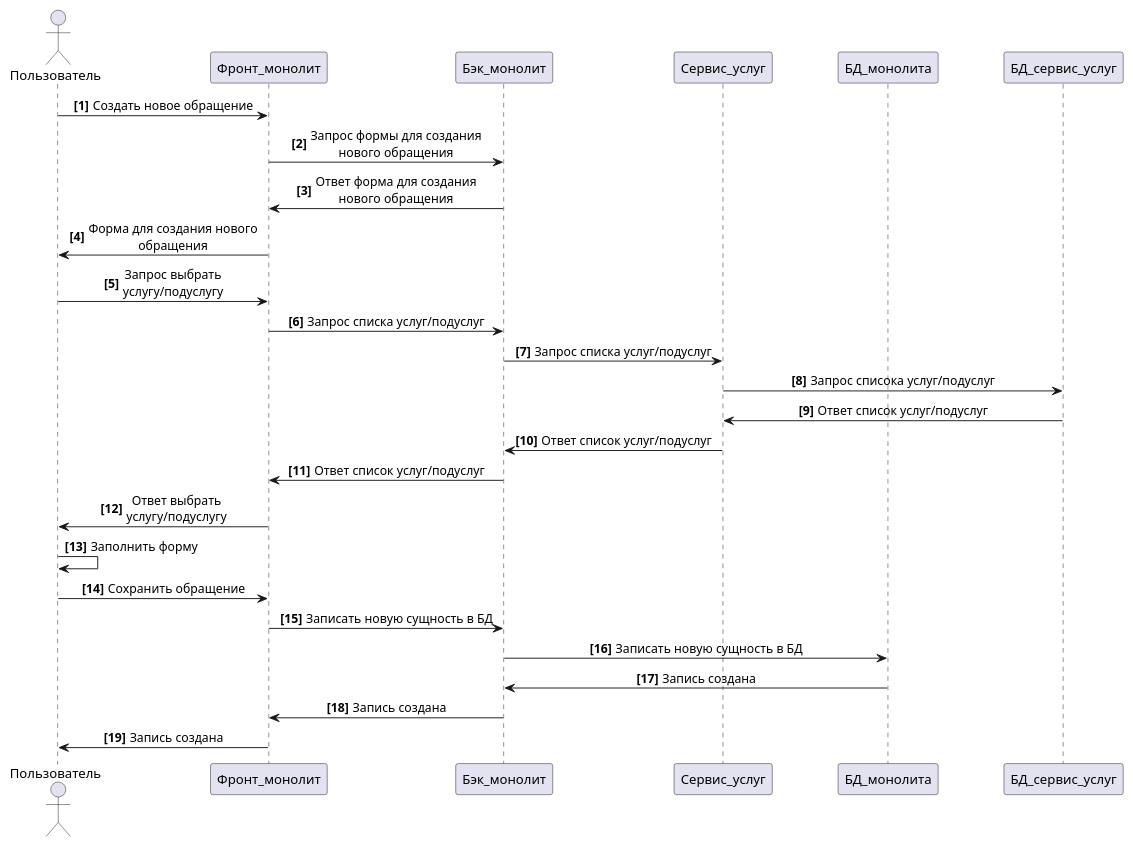
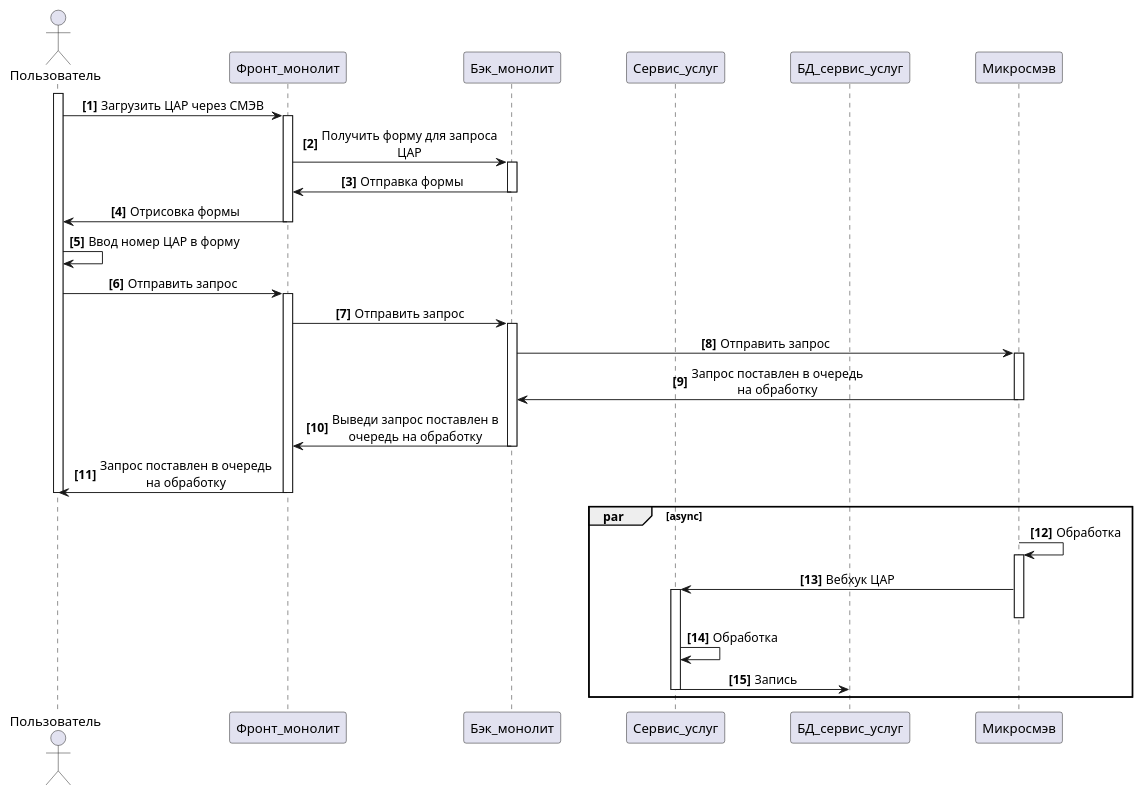
Before and after one commit to sonorame/docs_kcr: the diagram in diagrams/out/create_task.puml, drawn with PlantUML. The commit also changed 3 other files, not shown here.

```diff
--- a/diagrams/out/create_task.puml
+++ b/diagrams/out/create_task.puml
@@ -1,40 +1,40 @@
 @startuml
 
 'hide footbox
 skinparam {
     MaxMessageSize 200
 }
 skinparam sequence{
     ParticipantPadding 30
     MessageAlign center
 }
 autonumber "<b>[0]"
 
 actor Пользователь
 participant Фронт_монолит
 participant Бэк_монолит
 participant Сервис_услуг
-participant БД_монолита
 participant БД_сервис_услуг
+participant Микросмэв
 
-Пользователь -> Фронт_монолит: Создать новое обращение
-Фронт_монолит -> Бэк_монолит: Запрос формы для создания нового обращения
-Бэк_монолит -> Фронт_монолит: Ответ форма для создания нового обращения
-Фронт_монолит -> Пользователь : Форма для создания нового обращения
-Пользователь  -> Фронт_монолит: Запрос выбрать услугу/подуслугу
-Фронт_монолит -> Бэк_монолит: Запрос списка услуг/подуслуг
-Бэк_монолит -> Сервис_услуг: Запрос списка услуг/подуслуг
-Сервис_услуг -> БД_сервис_услуг: Запрос списока услуг/подуслуг
-БД_сервис_услуг -> Сервис_услуг: Ответ список услуг/подуслуг
-Сервис_услуг -> Бэк_монолит: Ответ список услуг/подуслуг
-Бэк_монолит -> Фронт_монолит: Ответ список услуг/подуслуг
-Фронт_монолит -> Пользователь: Ответ выбрать услугу/подуслугу
-Пользователь -> Пользователь: Заполнить форму
-Пользователь -> Фронт_монолит: Сохранить обращение
-Фронт_монолит -> Бэк_монолит: Записать новую сущность в БД
-Бэк_монолит -> БД_монолита: Записать новую сущность в БД
-БД_монолита -> Бэк_монолит: Запись создана
-Бэк_монолит -> Фронт_монолит: Запись создана
-Фронт_монолит -> Пользователь: Запись создана
-
+Пользователь++
+Пользователь -> Фронт_монолит++: Загрузить ЦАР через СМЭВ
+Фронт_монолит -> Бэк_монолит++: Получить форму для запроса ЦАР
+Бэк_монолит -> Фронт_монолит--:  Отправка формы
+Фронт_монолит -> Пользователь--: Отрисовка формы
+Пользователь -> Пользователь: Ввод номер ЦАР в форму
+Пользователь -> Фронт_монолит++: Отправить запрос
+Фронт_монолит -> Бэк_монолит++: Отправить запрос
+Бэк_монолит -> Микросмэв++: Отправить запрос
+Микросмэв -> Бэк_монолит--: Запрос поставлен в очередь на обработку
+Бэк_монолит -> Фронт_монолит--: Выведи запрос поставлен в очередь на обработку
+Фронт_монолит -> Пользователь--: Запрос поставлен в очередь на обработку
+Пользователь--
+par async
+ Микросмэв -> Микросмэв++: Обработка
+ Микросмэв -> Сервис_услуг++: Вебхук ЦАР
+ Микросмэв--
+ Сервис_услуг -> Сервис_услуг: Обработка
+ Сервис_услуг -> БД_сервис_услуг--: Запись
+end par
 @enduml
```
